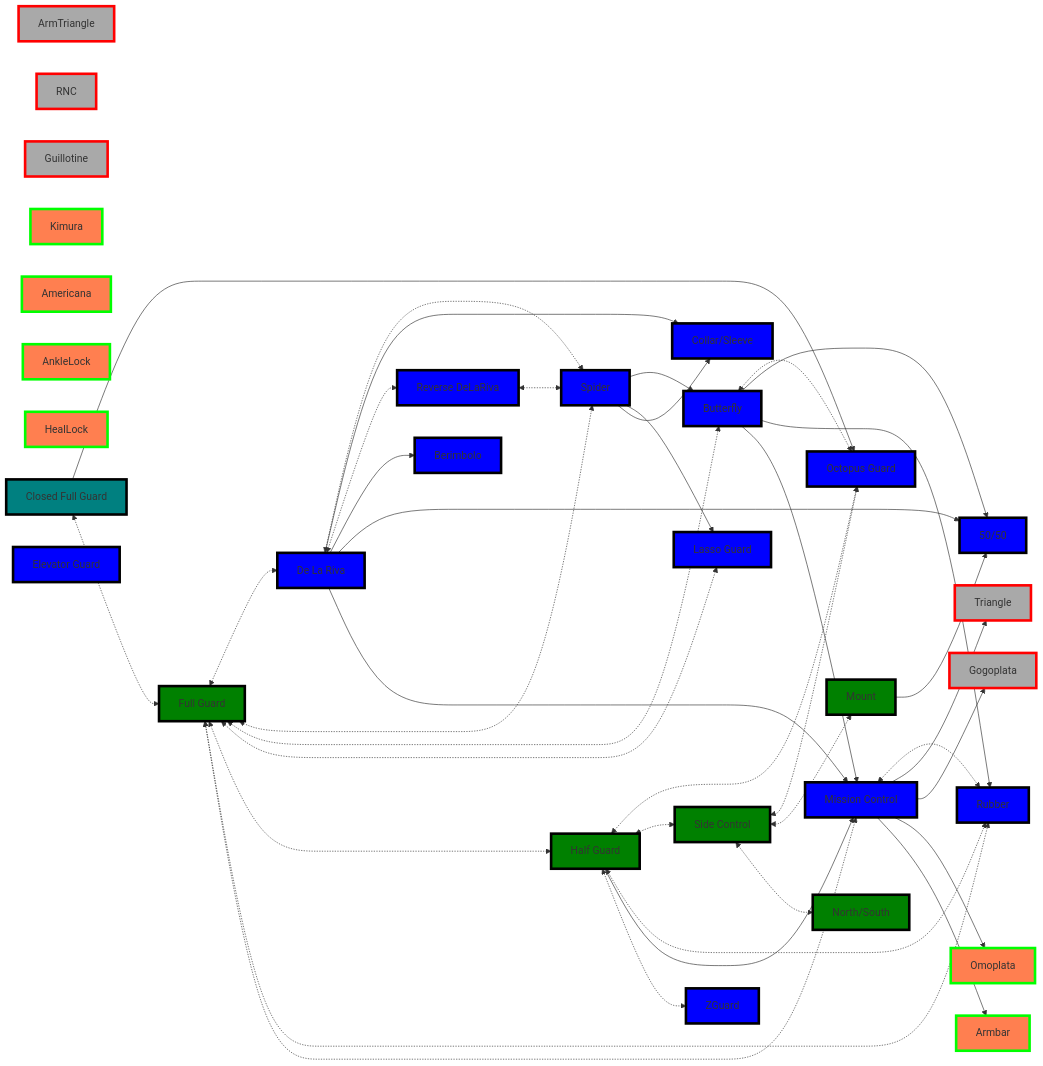
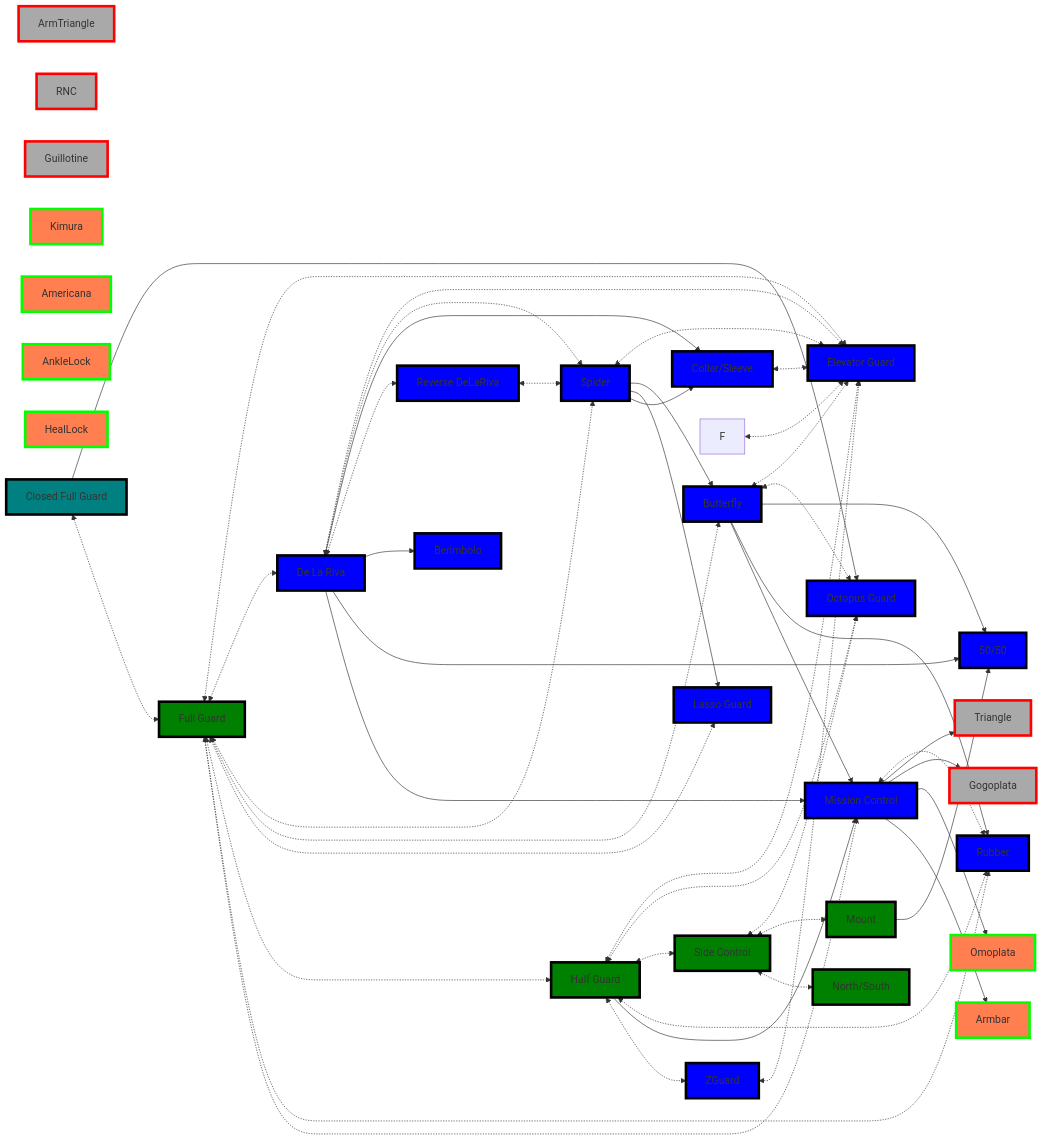
One commit to jacgit18/DevHiveMind changed the second of 4 diagrams in _Fitness/MMA/Real World BJJ Flows.md. Above: the diagram before and after it, drawn with Mermaid. The commit also changed other lines of this file, not shown here.

Commit message:
M "_Fitness/MMA/Real World BJJ Flows.md"

```diff
--- a/_Fitness/MMA/Real World BJJ Flows.md
+++ b/_Fitness/MMA/Real World BJJ Flows.md
@@ -190,7 +200,15 @@
 
 	11[HealLock]
 
-
+	A <-.-> ElevatorGuard
+	B <-.-> ElevatorGuard
+	C <-.-> ElevatorGuard
+	D <-.-> ElevatorGuard
+	F <-.-> ElevatorGuard
+	G <-.-> ElevatorGuard
+	H <-.-> ElevatorGuard
+	Z <-.-> ElevatorGuard
+	
 	Closed --> OctopusGuard
 	D <-.-> OctopusGuard
 	H <-.-> OctopusGuard
```
